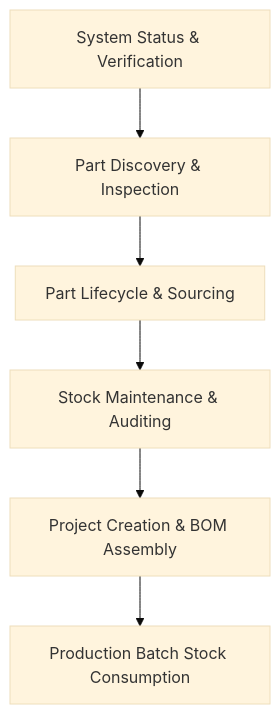
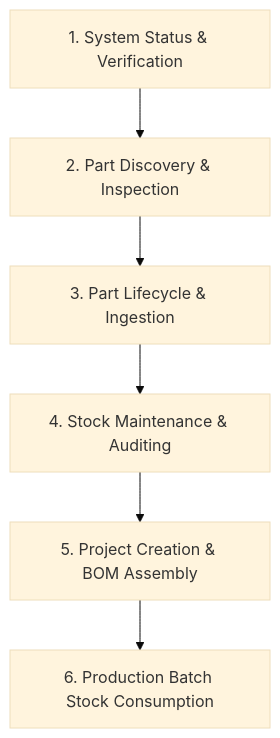
Before and after one commit to Sima214/binner-mcp: the diagram in docs/SKILL.md, drawn with Mermaid (base theme). The commit also changed other lines of this file and 13 other files, not shown here.

First line of the commit message:
mcp: Refactor batch retry handling, input schemas, and category lookup.

````diff
--- a/docs/SKILL.md
+++ b/docs/SKILL.md
@@ -10,8 +10,8 @@
 ```mermaid
 flowchart TD
-    A[System Status & Verification] --> B[Part Discovery & Inspection]
-    B --> C[Part Lifecycle & Sourcing]
-    C --> D[Stock Maintenance & Auditing]
-    D --> E[Project Creation & BOM Assembly]
-    E --> F[Production Batch Stock Consumption]
+    A[1. System Status & Verification] --> B[2. Part Discovery & Inspection]
+    B --> C[3. Part Lifecycle & Ingestion]
+    C --> D[4. Stock Maintenance & Auditing]
+    D --> E[5. Project Creation & BOM Assembly]
+    E --> F[6. Production Batch Stock Consumption]
 ```
````
